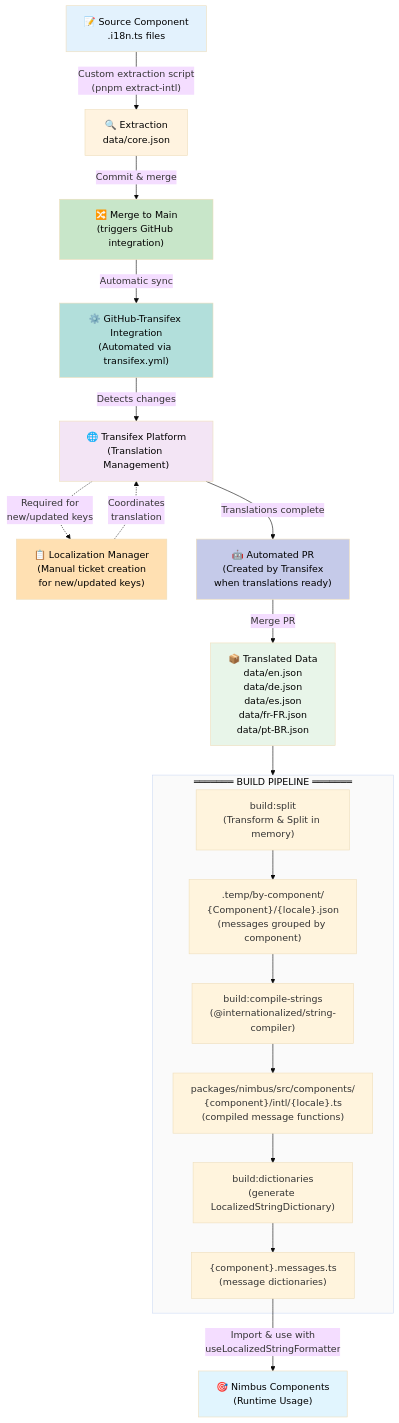
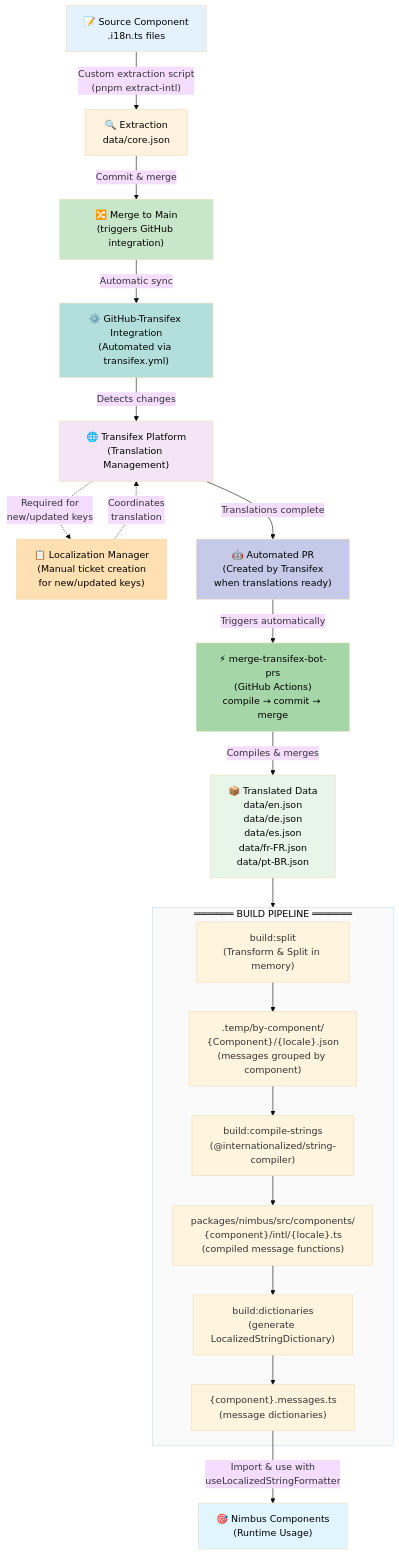
The diagram in packages/i18n/README.md (commercetools/nimbus), drawn with Mermaid (base theme) before and after one commit. The commit also changed other lines of this file and 5 other files, not shown here.

````diff
--- a/packages/i18n/README.md
+++ b/packages/i18n/README.md
@@ -311,52 +313,55 @@
 ```mermaid
 flowchart TD
     Start["📝 Source Component<br/>.i18n.ts files"]
     Extract["🔍 Extraction<br/>data/core.json"]
     MergeMain["🔀 Merge to Main<br/>(triggers GitHub integration)"]
     Transifex["🌐 Transifex Platform<br/>(Translation Management)"]
     LocTicket["📋 Localization Manager<br/>(Manual ticket creation<br/>for new/updated keys)"]
     GitHubIntegration["⚙️ GitHub-Transifex Integration<br/>(Automated via transifex.yml)"]
     AutoPR["🤖 Automated PR<br/>(Created by Transifex<br/>when translations ready)"]
+    AutoWorkflow["⚡ merge-transifex-bot-prs<br/>(GitHub Actions)<br/>compile → commit → merge"]
     TranslatedData["📦 Translated Data<br/>data/en.json<br/>data/de.json<br/>data/es.json<br/>data/fr-FR.json<br/>data/pt-BR.json"]
 
     Start -->|"Custom extraction script<br/>(pnpm extract-intl)"| Extract
     Extract -->|"Commit & merge"| MergeMain
     MergeMain -->|"Automatic sync"| GitHubIntegration
     GitHubIntegration -->|"Detects changes"| Transifex
 
     Transifex -.->|"Required for<br/>new/updated keys"| LocTicket
     LocTicket -.->|"Coordinates<br/>translation"| Transifex
 
     Transifex -->|"Translations complete"| AutoPR
-    AutoPR -->|"Merge PR"| TranslatedData
+    AutoPR -->|"Triggers automatically"| AutoWorkflow
+    AutoWorkflow -->|"Compiles & merges"| TranslatedData
 
     TranslatedData --> BuildPipeline
 
     subgraph BuildPipeline["═══════ BUILD PIPELINE ═══════"]
         Split["build:split<br/>(Transform & Split in memory)"]
         TempFiles[".temp/by-component/<br/>{Component}/{locale}.json<br/>(messages grouped by component)"]
         CompileStrings["build:compile-strings<br/>(@internationalized/string-compiler)"]
         IntlFiles["packages/nimbus/src/components/<br/>{component}/intl/{locale}.ts<br/>(compiled message functions)"]
         Dictionaries["build:dictionaries<br/>(generate LocalizedStringDictionary)"]
         MessagesFiles["{component}.messages.ts<br/>(message dictionaries)"]
 
         Split --> TempFiles
         TempFiles --> CompileStrings
         CompileStrings --> IntlFiles
         IntlFiles --> Dictionaries
         Dictionaries --> MessagesFiles
     end
 
     MessagesFiles -->|"Import & use with<br/>useLocalizedStringFormatter"| Runtime["🎯 Nimbus Components<br/>(Runtime Usage)"]
 
     style Start fill:#e3f2fd,color:#000000
     style Extract fill:#fff3e0,color:#000000
     style MergeMain fill:#c8e6c9,color:#000000
     style GitHubIntegration fill:#b2dfdb,color:#000000
     style Transifex fill:#f3e5f5,color:#000000
     style LocTicket fill:#ffe0b2,color:#000000
     style AutoPR fill:#c5cae9,color:#000000
+    style AutoWorkflow fill:#a5d6a7,color:#000000
     style TranslatedData fill:#e8f5e9,color:#000000
     style BuildPipeline fill:#fafafa,color:#000000
     style Runtime fill:#e1f5fe,color:#000000
 ```
````
